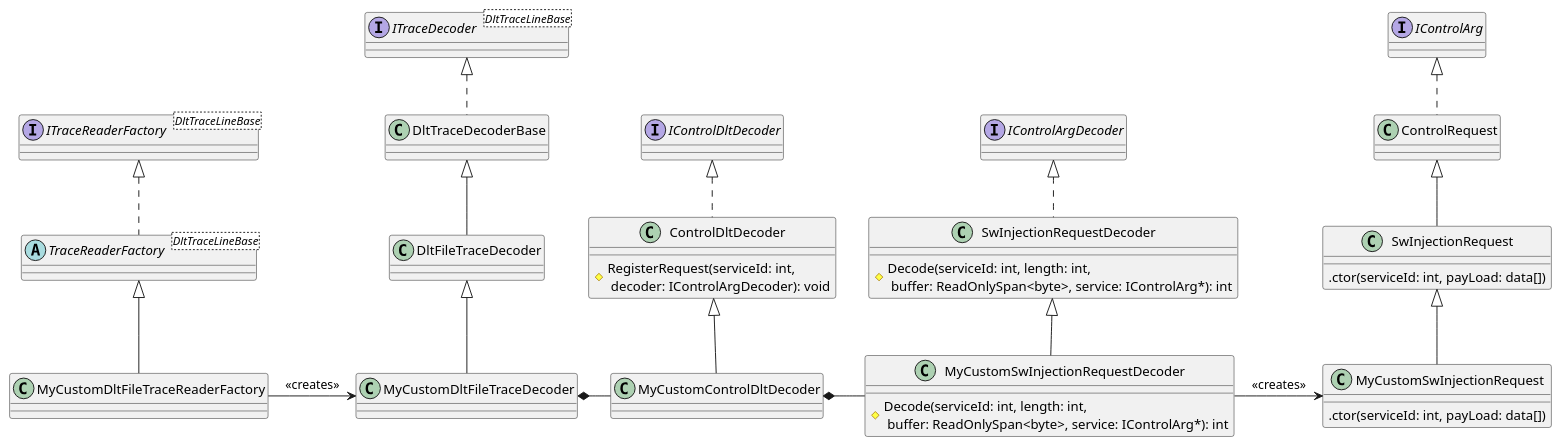
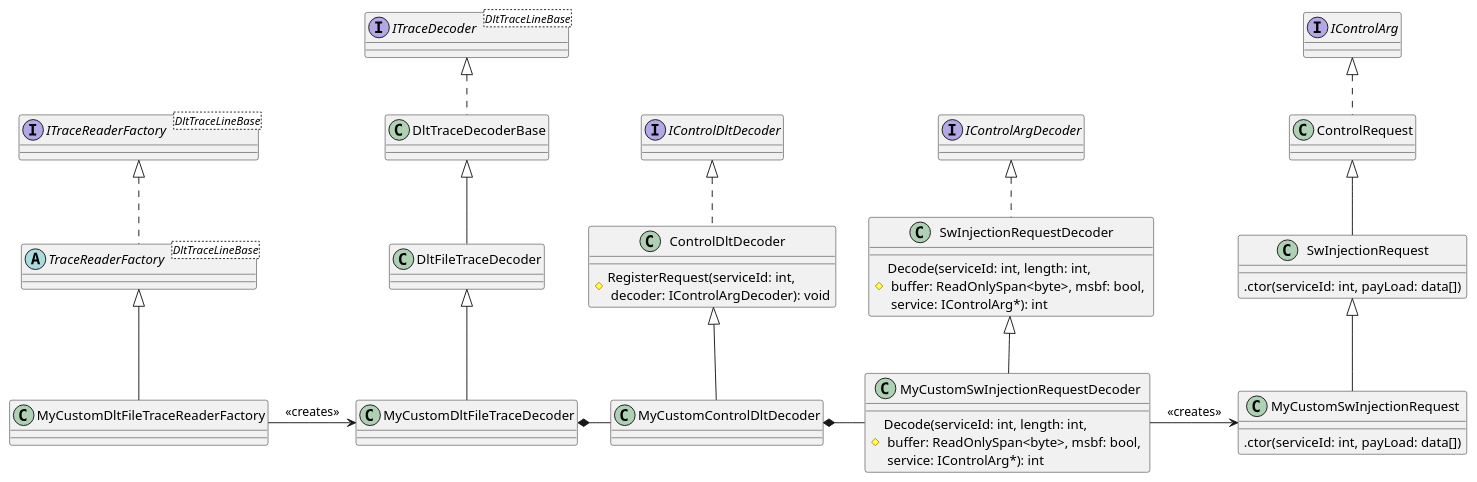
Before and after one commit to jcurl/RJCP.DLL.Log: the diagram in TraceReader.Dlt/docs/diagrams/DLT.ControlArgCustomDecoder.plantuml, drawn with PlantUML. The commit also changed 106 other files, not shown here.

```diff
--- a/TraceReader.Dlt/docs/diagrams/DLT.ControlArgCustomDecoder.plantuml
+++ b/TraceReader.Dlt/docs/diagrams/DLT.ControlArgCustomDecoder.plantuml
@@ -1,56 +1,56 @@
 @startuml DLT.ControlArgCustomDecoder
 interface IControlArg
 class ControlRequest
 
 class SwInjectionRequest {
     .ctor(serviceId: int, payLoad: data[])
 }
 class MyCustomSwInjectionRequest {
     .ctor(serviceId: int, payLoad: data[])
 }
 
 IControlArg <|.d. ControlRequest
 ControlRequest <|-d- SwInjectionRequest
 SwInjectionRequest <|-d- MyCustomSwInjectionRequest
 
 interface IControlArgDecoder
 
 class SwInjectionRequestDecoder {
-    #Decode(serviceId: int, length: int, \n buffer: ReadOnlySpan<byte>, service: IControlArg*): int
+    #Decode(serviceId: int, length: int, \n buffer: ReadOnlySpan<byte>, msbf: bool, \n service: IControlArg*): int
 }
 
 class MyCustomSwInjectionRequestDecoder {
-    #Decode(serviceId: int, length: int, \n buffer: ReadOnlySpan<byte>, service: IControlArg*): int
+    #Decode(serviceId: int, length: int, \n buffer: ReadOnlySpan<byte>, msbf: bool, \n service: IControlArg*): int
 }
 
 IControlArgDecoder <|.d. SwInjectionRequestDecoder
 SwInjectionRequestDecoder <|-d- MyCustomSwInjectionRequestDecoder
 MyCustomSwInjectionRequestDecoder -r-> MyCustomSwInjectionRequest : <<creates>>
 
 interface IControlDltDecoder
 class ControlDltDecoder {
     #RegisterRequest(serviceId: int, \n decoder: IControlArgDecoder): void
 }
 class MyCustomControlDltDecoder
 IControlDltDecoder <|.d. ControlDltDecoder
 ControlDltDecoder <|-d- MyCustomControlDltDecoder
 
 interface ITraceDecoder<DltTraceLineBase>
 class DltTraceDecoderBase
 class DltFileTraceDecoder
 class MyCustomDltFileTraceDecoder
 ITraceDecoder <|.d. DltTraceDecoderBase
 DltTraceDecoderBase <|-d- DltFileTraceDecoder
 DltFileTraceDecoder <|-d- MyCustomDltFileTraceDecoder
 
 MyCustomDltFileTraceDecoder *-r- MyCustomControlDltDecoder
 MyCustomControlDltDecoder *-r- MyCustomSwInjectionRequestDecoder
 
 interface ITraceReaderFactory<DltTraceLineBase>
 abstract class TraceReaderFactory<DltTraceLineBase>
 class MyCustomDltFileTraceReaderFactory
 
 ITraceReaderFactory <|.d. TraceReaderFactory
 TraceReaderFactory <|-d- MyCustomDltFileTraceReaderFactory
 MyCustomDltFileTraceReaderFactory -r-> MyCustomDltFileTraceDecoder : <<creates>>
 @enduml
```
